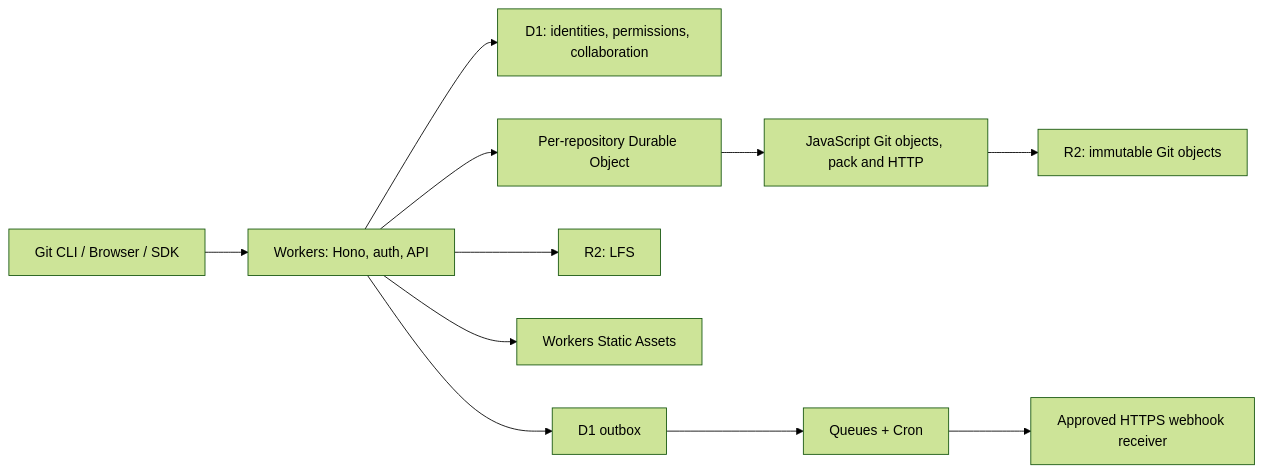
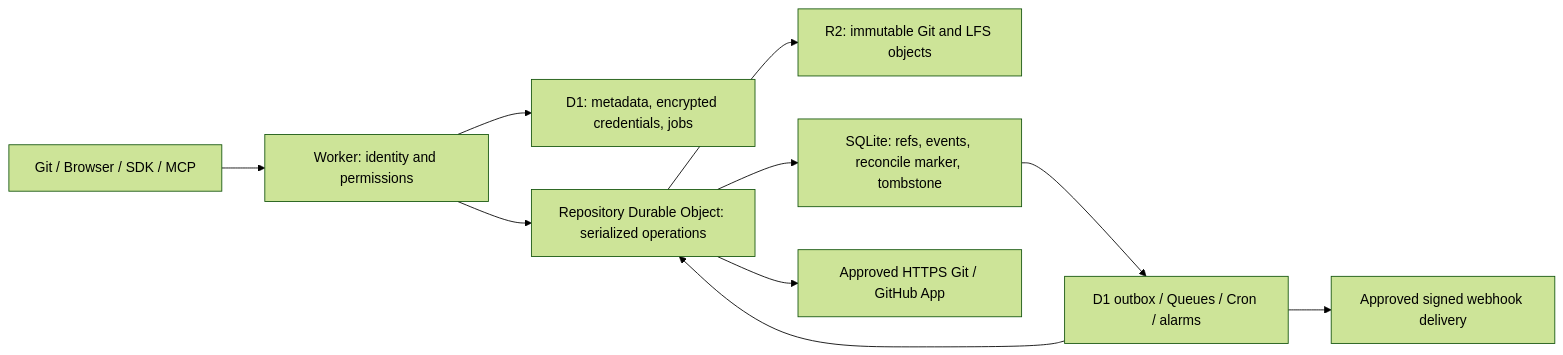
The diagram in docs/ARCHITECTURE.md (DropKbit/OneStorage), drawn with Mermaid (forest theme) before and after one commit. The commit also changed other lines of this file and 81 other files, not shown here.

````diff
--- a/docs/ARCHITECTURE.md
+++ b/docs/ARCHITECTURE.md
@@ -7,13 +5,12 @@
 ```mermaid
 flowchart LR
-  Client[Git CLI / Browser / SDK] --> Worker[Workers: Hono, auth, API]
-  Worker --> D1[D1: identities, permissions, collaboration]
-  Worker --> DO[Per-repository Durable Object]
-  DO --> Git[JavaScript Git objects, pack and HTTP]
-  Git --> R2[R2: immutable Git objects]
-  Worker --> LFS[R2: LFS]
-  Worker --> Assets[Workers Static Assets]
-  Worker --> Outbox[D1 outbox]
-  Outbox --> Queue[Queues + Cron]
-  Queue --> Hook[Approved HTTPS webhook receiver]
+  Client[Git / Browser / SDK / MCP] --> W[Worker: identity and permissions]
+  W --> D1[D1: metadata, encrypted credentials, jobs]
+  W --> DO[Repository Durable Object: serialized operations]
+  DO --> R2[R2: immutable Git and LFS objects]
+  DO --> Refs[SQLite: refs, events, reconcile marker, tombstone]
+  DO --> Upstream[Approved HTTPS Git / GitHub App]
+  Refs --> Q[D1 outbox / Queues / Cron / alarms]
+  Q --> DO
+  Q --> Hooks[Approved signed webhook delivery]
 ```
````
